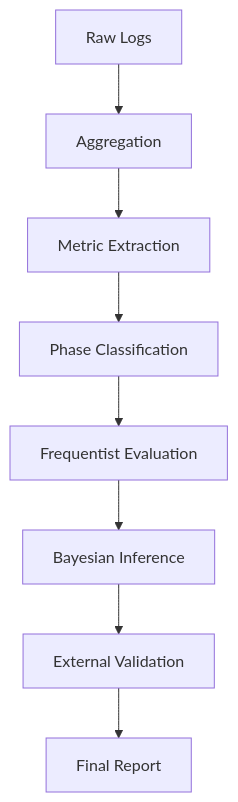
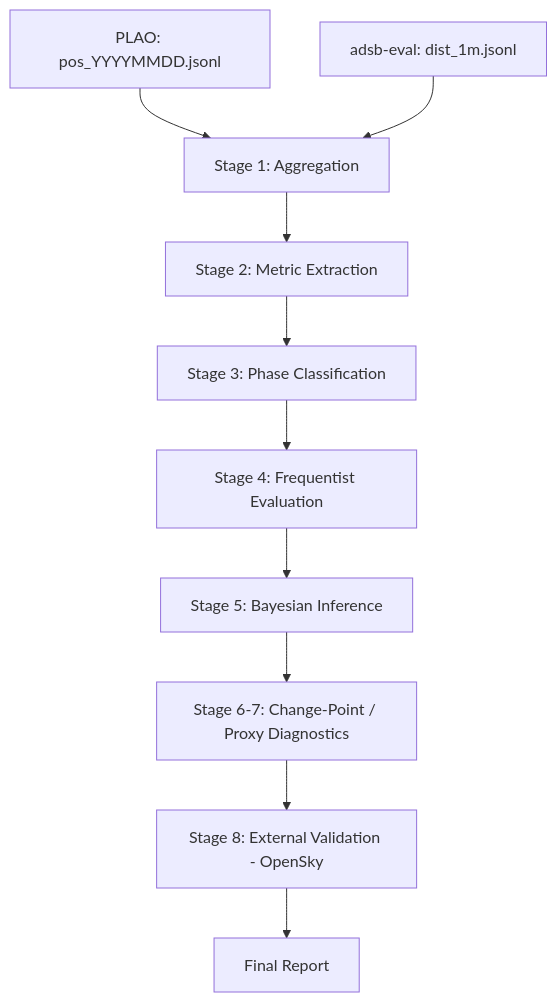
One commit to yukimurata0421/arena-eval-engine changed the diagram in README.md. Above: the diagram before and after it, drawn with Mermaid. The commit also changed other lines of this file and 3 other files, not shown here.

````diff
--- a/README.md
+++ b/README.md
@@ -175,10 +117,12 @@
-``` mermaid
+```mermaid
 flowchart TD
-    A[Raw Logs] --> B[Aggregation]
-    B --> C[Metric Extraction]
-    C --> D[Phase Classification]
-    D --> E[Frequentist Evaluation]
-    E --> F[Bayesian Inference]
-    F --> G[External Validation]
-    G --> H[Final Report]
+    P[PLAO: pos_YYYYMMDD.jsonl] --> A[Stage 1: Aggregation]
+    D[adsb-eval: dist_1m.jsonl] --> A
+    A --> B[Stage 2: Metric Extraction]
+    B --> C[Stage 3: Phase Classification]
+    C --> E[Stage 4: Frequentist Evaluation]
+    E --> F[Stage 5: Bayesian Inference]
+    F --> G[Stage 6-7: Change-Point / Proxy Diagnostics]
+    G --> H[Stage 8: External Validation - OpenSky]
+    H --> I[Final Report]
 ```
````
